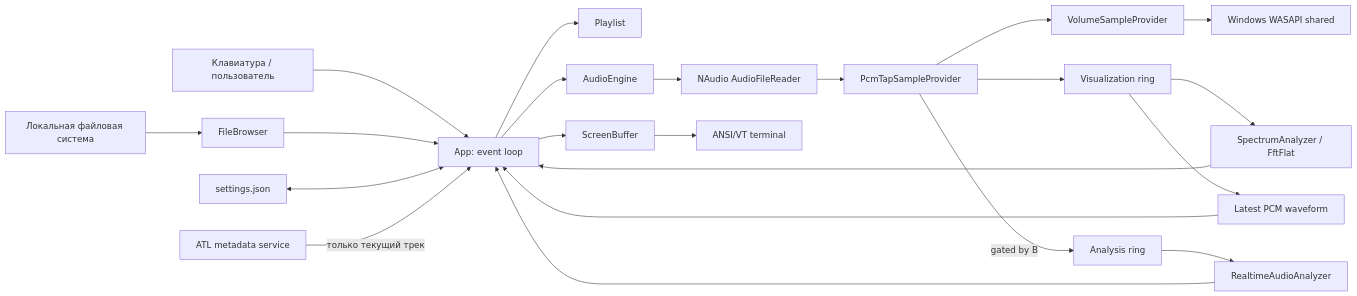
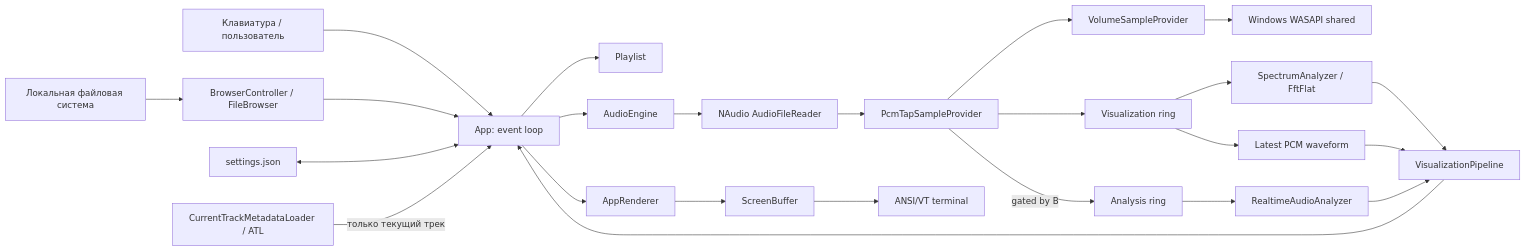
Before and after one commit to Geckon01/YACPlayer: the first of 3 diagrams in docs/ARCHITECTURE.ru.md, drawn with Mermaid. The commit also changed other lines of this file and 13 other files, not shown here.

````diff
--- a/docs/ARCHITECTURE.ru.md
+++ b/docs/ARCHITECTURE.ru.md
@@ -23,24 +23,26 @@
 ```mermaid
 flowchart LR
     User["Клавиатура / пользователь"] --> App["App: event loop"]
-    Files["Локальная файловая система"] --> Browser["FileBrowser"]
+    Files["Локальная файловая система"] --> Browser["BrowserController / FileBrowser"]
     Browser --> App
     App --> Playlist["Playlist"]
     App --> Audio["AudioEngine"]
     Audio --> NAudio["NAudio AudioFileReader"]
     NAudio --> Tap["PcmTapSampleProvider"]
     Tap --> Volume["VolumeSampleProvider"]
     Volume --> WASAPI["Windows WASAPI shared"]
     Tap --> Ring["Visualization ring"]
     Ring --> FFT["SpectrumAnalyzer / FftFlat"]
     Ring --> Wave["Latest PCM waveform"]
     Tap -->|"gated by B"| AnalysisRing["Analysis ring"]
     AnalysisRing --> Realtime["RealtimeAudioAnalyzer"]
-    FFT --> App
-    Wave --> App
-    Realtime --> App
-    App --> Buffer["ScreenBuffer"]
+    FFT --> Visuals["VisualizationPipeline"]
+    Wave --> Visuals
+    Realtime --> Visuals
+    Visuals --> App
+    App --> Renderer["AppRenderer"]
+    Renderer --> Buffer["ScreenBuffer"]
     Buffer --> Terminal["ANSI/VT terminal"]
     Settings["settings.json"] <--> App
-    ATL["ATL metadata service"] -->|"только текущий трек"| App
+    ATL["CurrentTrackMetadataLoader / ATL"] -->|"только текущий трек"| App
 ```
````
